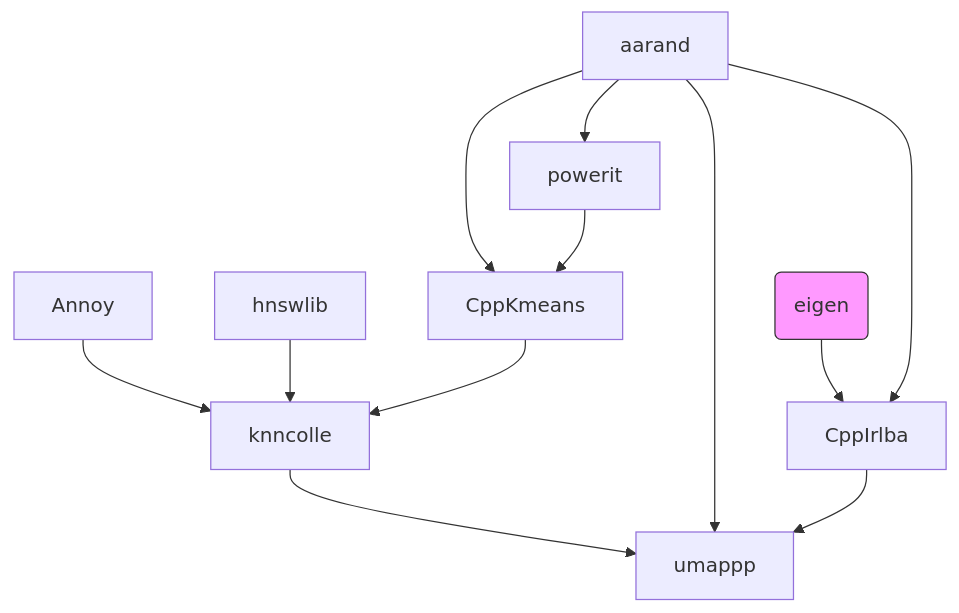
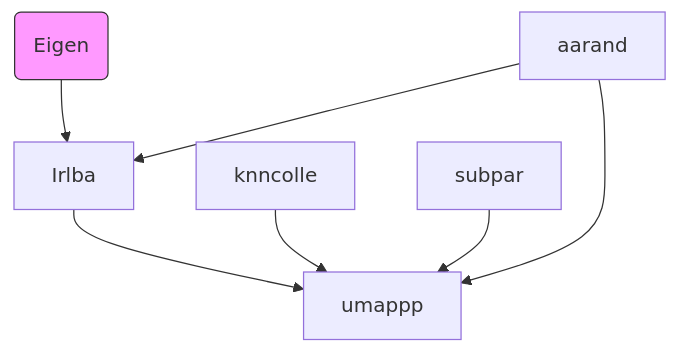
Before and after one commit to kojix2/ruby-umappp: the diagram in README.md, drawn with Mermaid. The commit also changed other lines of this file, not shown here.

Commit message:
Update README.md dependencies

````diff
--- a/README.md
+++ b/README.md
@@ -97,15 +97,10 @@
 ```mermaid
 graph TD;
-    id1(eigen)-->CppIrlba;
-    aarand-->CppIrlba;
-    Annoy-->knncolle;
-    hnswlib-->knncolle;
-    CppKmeans-->knncolle;
-    aarand-->CppKmeans;
-    powerit-->CppKmeans;
-    aarand-->powerit;
+    id1(Eigen)-->Irlba;
+    aarand-->Irlba;
+    aarand-->umappp;
     knncolle-->umappp;
-    aarand-->umappp;
-    CppIrlba-->umappp;
+    Irlba-->umappp;
+    subpar-->umappp;
     style id1 fill:#f9f,stroke:#333
 ```
````
